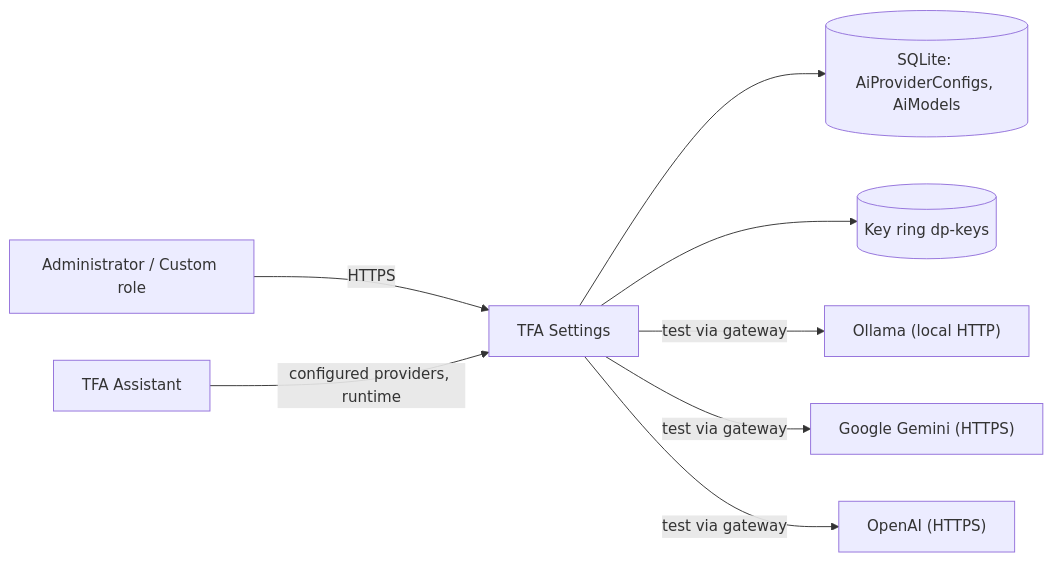
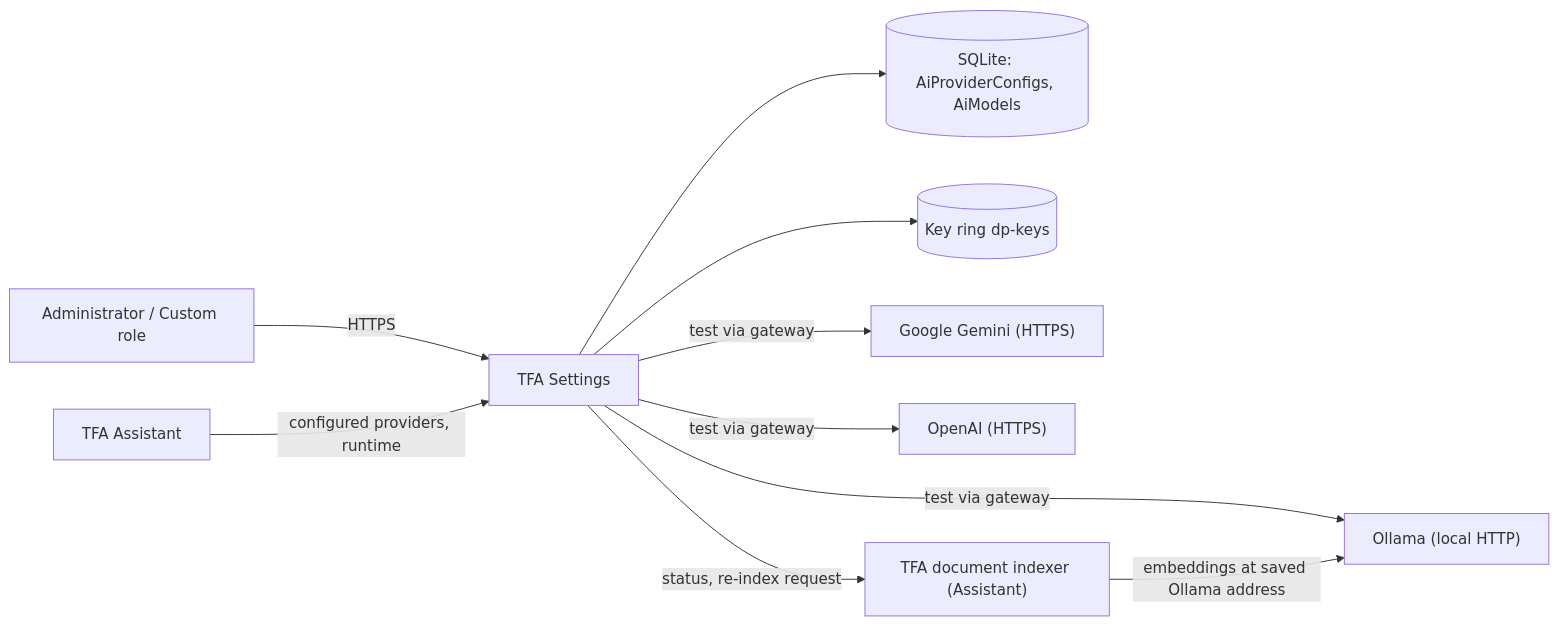
Before and after one commit to jojogeorge3344/TaskFlow-Project: the first of 8 diagrams in TF - Documents/TF - HLD/06-Settings/06.3-TFA-Settings/HLD-TFA-Settings.md, drawn with Mermaid. The commit also changed other lines of this file and 123 other files, not shown here.

````diff
--- a/TF - Documents/TF - HLD/06-Settings/06.3-TFA-Settings/HLD-TFA-Settings.md
+++ b/TF - Documents/TF - HLD/06-Settings/06.3-TFA-Settings/HLD-TFA-Settings.md
@@ -70,10 +75,12 @@
 ```mermaid
 flowchart LR
   ADM["Administrator / Custom role"] -->|"HTTPS"| TFAS["TFA Settings"]
   TFAS --> DB[("SQLite: AiProviderConfigs, AiModels")]
   TFAS --> KR[("Key ring dp-keys")]
   TFAS -->|"test via gateway"| OL["Ollama (local HTTP)"]
   TFAS -->|"test via gateway"| GE["Google Gemini (HTTPS)"]
   TFAS -->|"test via gateway"| OA["OpenAI (HTTPS)"]
   TFA["TFA Assistant"] -->|"configured providers, runtime"| TFAS
+  TFAS -->|"status, re-index request"| IDX["TFA document indexer (Assistant)"]
+  IDX -->|"embeddings at saved Ollama address"| OL
 ```
````
